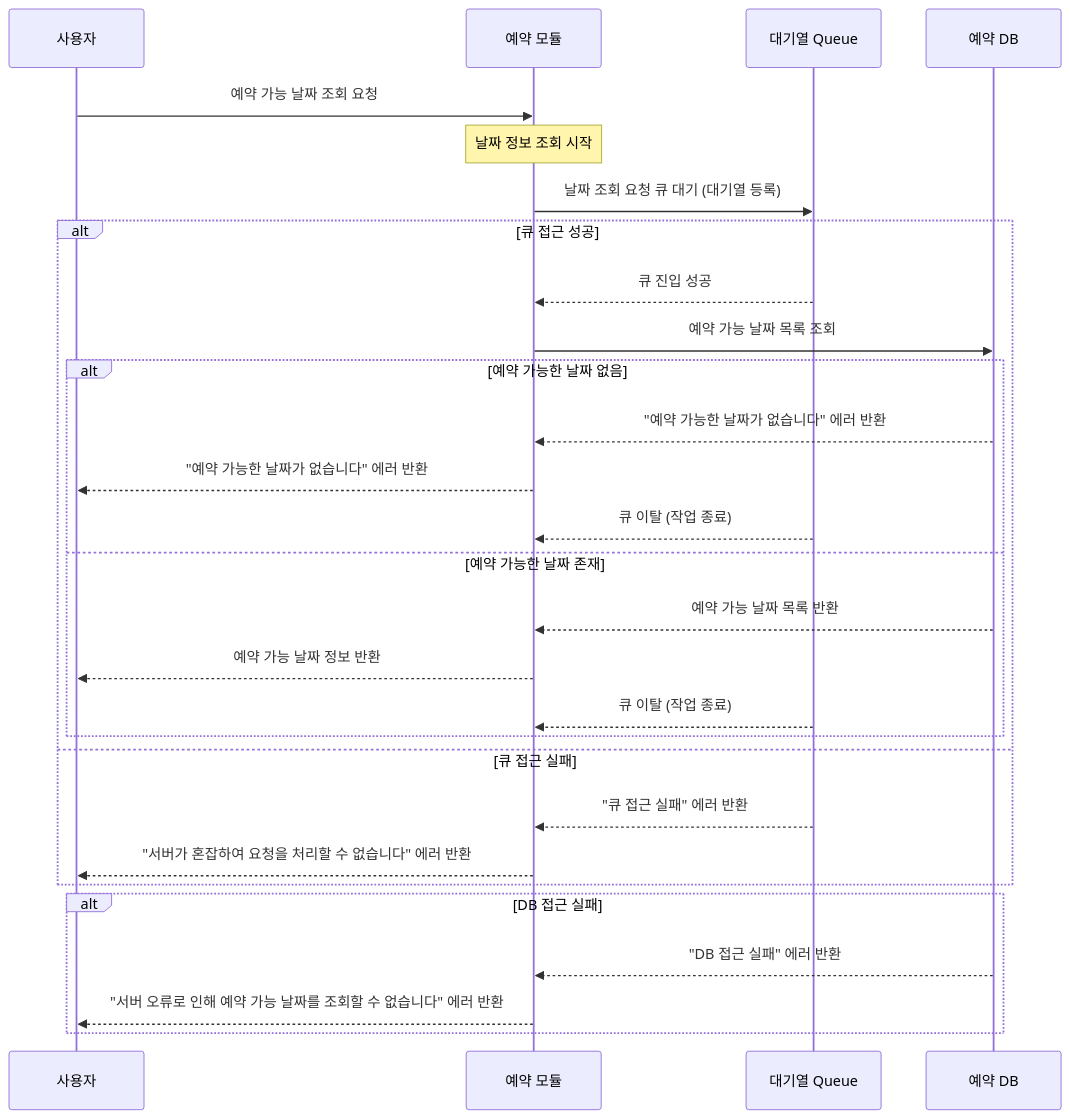
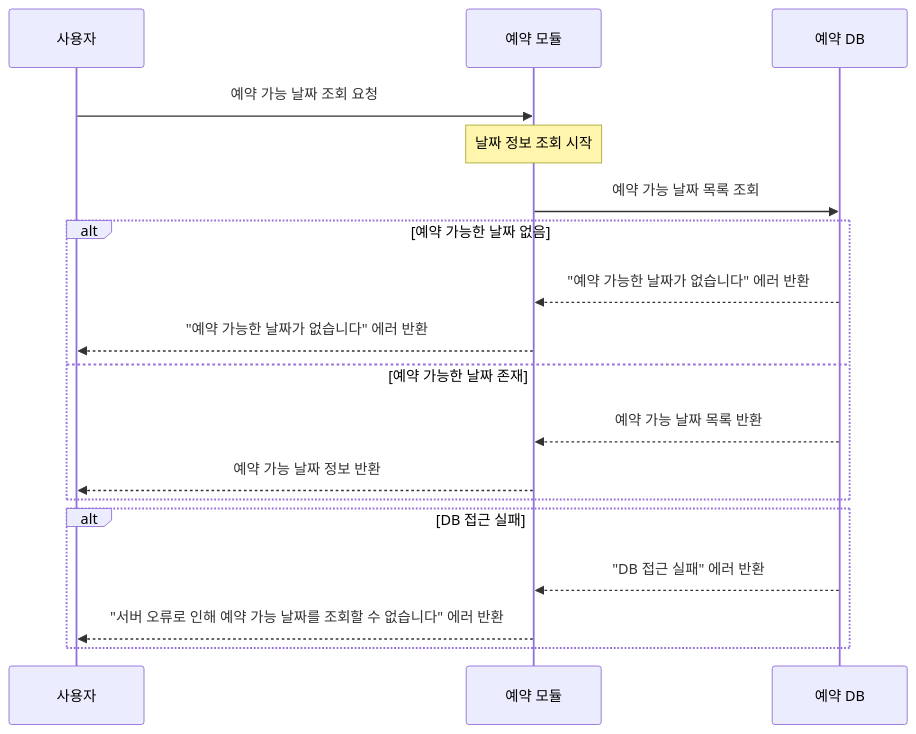
One commit to SooLee99/hhplus-concert-reservation-service changed the second of 14 diagrams in README.md. Above: the diagram before and after it, drawn with Mermaid. The commit also changed other lines of this file, not shown here.

First line of the commit message:
fix: #2 #3 - 정보 조회 API 시퀀스 다이어그램 및 플로우 차트 수정

````diff
--- a/README.md
+++ b/README.md
@@ -87,39 +87,28 @@
 ```mermaid
   sequenceDiagram
   participant User as 사용자
   participant ReservationServer as 예약 모듈
-  participant QueueDB as 대기열 Queue
   participant ReservationDB as 예약 DB
   
   %% 1️⃣ 예약 가능 날짜 조회 API
   User->>ReservationServer: 예약 가능 날짜 조회 요청
   Note over ReservationServer: 날짜 정보 조회 시작
   
-  %% 대기열 큐에 접근하여 다른 프로세스와 경합 피함
-  ReservationServer->>QueueDB: 날짜 조회 요청 큐 대기 (대기열 등록)
-  alt 큐 접근 성공
-  QueueDB-->>ReservationServer: 큐 진입 성공
+  %% 예약 가능 날짜 조회 로직
   ReservationServer->>ReservationDB: 예약 가능 날짜 목록 조회
   alt 예약 가능한 날짜 없음
   %% 예약 가능한 날짜가 없는 경우
   ReservationDB-->>ReservationServer: "예약 가능한 날짜가 없습니다" 에러 반환
   ReservationServer-->>User: "예약 가능한 날짜가 없습니다" 에러 반환
-  QueueDB-->>ReservationServer: 큐 이탈 (작업 종료)
   else 예약 가능한 날짜 존재
   %% 예약 가능한 날짜가 존재하는 경우
   ReservationDB-->>ReservationServer: 예약 가능 날짜 목록 반환
   ReservationServer-->>User: 예약 가능 날짜 정보 반환
-  QueueDB-->>ReservationServer: 큐 이탈 (작업 종료)
   end
-  else 큐 접근 실패
-  %% 큐 접근 실패 시
-  QueueDB-->>ReservationServer: "큐 접근 실패" 에러 반환
-  ReservationServer-->>User: "서버가 혼잡하여 요청을 처리할 수 없습니다" 에러 반환
-  end
-  
+
   %% 예약 가능 날짜 조회 중 DB 접근 실패 시 처리
   alt DB 접근 실패
   ReservationDB-->>ReservationServer: "DB 접근 실패" 에러 반환
   ReservationServer-->>User: "서버 오류로 인해 예약 가능 날짜를 조회할 수 없습니다" 에러 반환
   end
 ```
````
